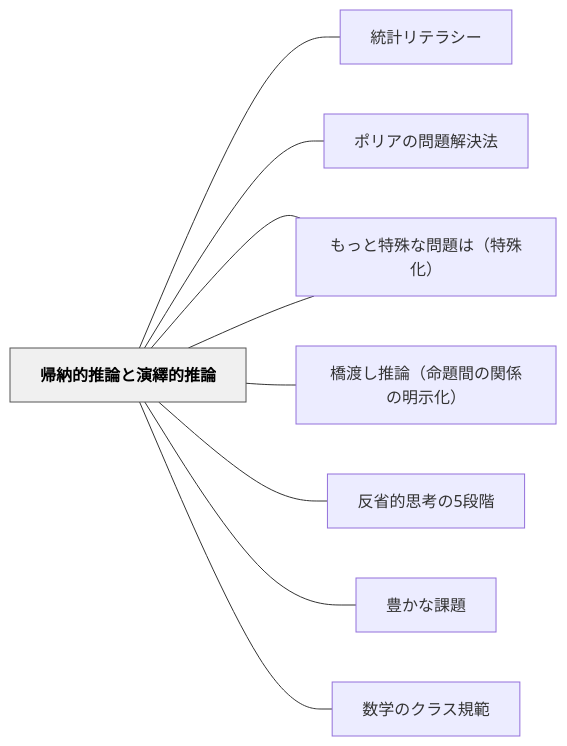
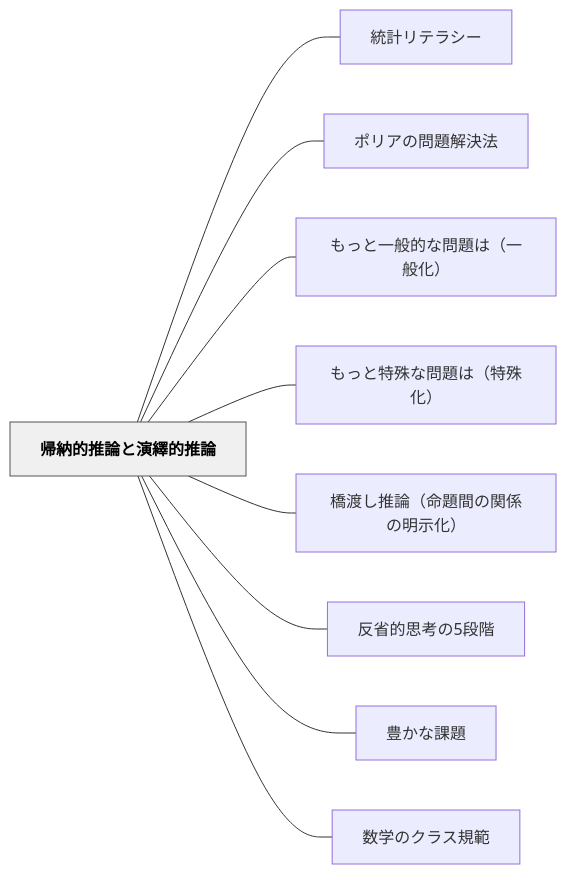
Before and after one commit to unknownthings-ed-patterns/unknownthings-ed-patterns: the diagram in content/パタン/帰納的推論と演繹的推論.md, drawn with Mermaid. The commit also changed 527 other files, not shown here.

````diff
--- a/content/パタン/帰納的推論と演繹的推論.md
+++ b/content/パタン/帰納的推論と演繹的推論.md
@@ -118,24 +118,24 @@
 ```mermaid
 flowchart LR
-    ne5b8b0e7b48d["帰納的推論と演繹的推論"]
-    ne7b5b1e8a888["統計リテラシー"]
-    ne3839de383aa["ポリアの問題解決法"]
-    ne38282e381a3["もっと一般的な問題は（一般化）"]
-    ne38282e381a3["もっと特殊な問題は（特殊化）"]
-    ne6a98be6b8a1["橋渡し推論（命題間の関係の明示化）"]
-    ne58f8de79c81["反省的思考の5段階"]
-    ne8b18ae3818b["豊かな課題"]
-    ne695b0e5ada6["数学のクラス規範"]
+    ne5b8b0e7b48de79a84e68ea8e8ab96e381a8e6bc94e7b9b9e79a84e68ea8e8ab96["帰納的推論と演繹的推論"]
+    ne7b5b1e8a888e383aae38386e383a9e382b7e383bc["統計リテラシー"]
+    ne3839de383aae382a2e381aee5958fe9a18ce8a7a3e6b1bae6b395["ポリアの問題解決法"]
+    ne38282e381a3e381a8e4b880e888ace79a84e381aae5958fe9a18ce381afefbc88e4b880e888ace58c96efbc89["もっと一般的な問題は（一般化）"]
+    ne38282e381a3e381a8e789b9e6ae8ae381aae5958fe9a18ce381afefbc88e789b9e6ae8ae58c96efbc89["もっと特殊な問題は（特殊化）"]
+    ne6a98be6b8a1e38197e68ea8e8ab96efbc88e591bde9a18ce99693e381aee996a2e4bf82e381aee6988ee7a4bae58c96efbc89["橋渡し推論（命題間の関係の明示化）"]
+    ne58f8de79c81e79a84e6809de88083e381ae35e6aeb5e99a8e["反省的思考の5段階"]
+    ne8b18ae3818be381aae8aab2e9a18c["豊かな課題"]
+    ne695b0e5ada6e381aee382afe383a9e382b9e8a68fe7af84["数学のクラス規範"]
 
-    ne5b8b0e7b48d --- ne7b5b1e8a888
-    ne5b8b0e7b48d --- ne3839de383aa
-    ne5b8b0e7b48d --- ne38282e381a3
-    ne5b8b0e7b48d --- ne38282e381a3
-    ne5b8b0e7b48d --- ne6a98be6b8a1
-    ne5b8b0e7b48d --- ne58f8de79c81
-    ne5b8b0e7b48d --- ne8b18ae3818b
-    ne5b8b0e7b48d --- ne695b0e5ada6
+    ne5b8b0e7b48de79a84e68ea8e8ab96e381a8e6bc94e7b9b9e79a84e68ea8e8ab96 --- ne7b5b1e8a888e383aae38386e383a9e382b7e383bc
+    ne5b8b0e7b48de79a84e68ea8e8ab96e381a8e6bc94e7b9b9e79a84e68ea8e8ab96 --- ne3839de383aae382a2e381aee5958fe9a18ce8a7a3e6b1bae6b395
+    ne5b8b0e7b48de79a84e68ea8e8ab96e381a8e6bc94e7b9b9e79a84e68ea8e8ab96 --- ne38282e381a3e381a8e4b880e888ace79a84e381aae5958fe9a18ce381afefbc88e4b880e888ace58c96efbc89
+    ne5b8b0e7b48de79a84e68ea8e8ab96e381a8e6bc94e7b9b9e79a84e68ea8e8ab96 --- ne38282e381a3e381a8e789b9e6ae8ae381aae5958fe9a18ce381afefbc88e789b9e6ae8ae58c96efbc89
+    ne5b8b0e7b48de79a84e68ea8e8ab96e381a8e6bc94e7b9b9e79a84e68ea8e8ab96 --- ne6a98be6b8a1e38197e68ea8e8ab96efbc88e591bde9a18ce99693e381aee996a2e4bf82e381aee6988ee7a4bae58c96efbc89
+    ne5b8b0e7b48de79a84e68ea8e8ab96e381a8e6bc94e7b9b9e79a84e68ea8e8ab96 --- ne58f8de79c81e79a84e6809de88083e381ae35e6aeb5e99a8e
+    ne5b8b0e7b48de79a84e68ea8e8ab96e381a8e6bc94e7b9b9e79a84e68ea8e8ab96 --- ne8b18ae3818be381aae8aab2e9a18c
+    ne5b8b0e7b48de79a84e68ea8e8ab96e381a8e6bc94e7b9b9e79a84e68ea8e8ab96 --- ne695b0e5ada6e381aee382afe383a9e382b9e8a68fe7af84
 
     classDef hub fill:#f0f0f0,stroke:#555,color:#000,font-weight:bold
-    class ne5b8b0e7b48d hub
+    class ne5b8b0e7b48de79a84e68ea8e8ab96e381a8e6bc94e7b9b9e79a84e68ea8e8ab96 hub
 ```
````
